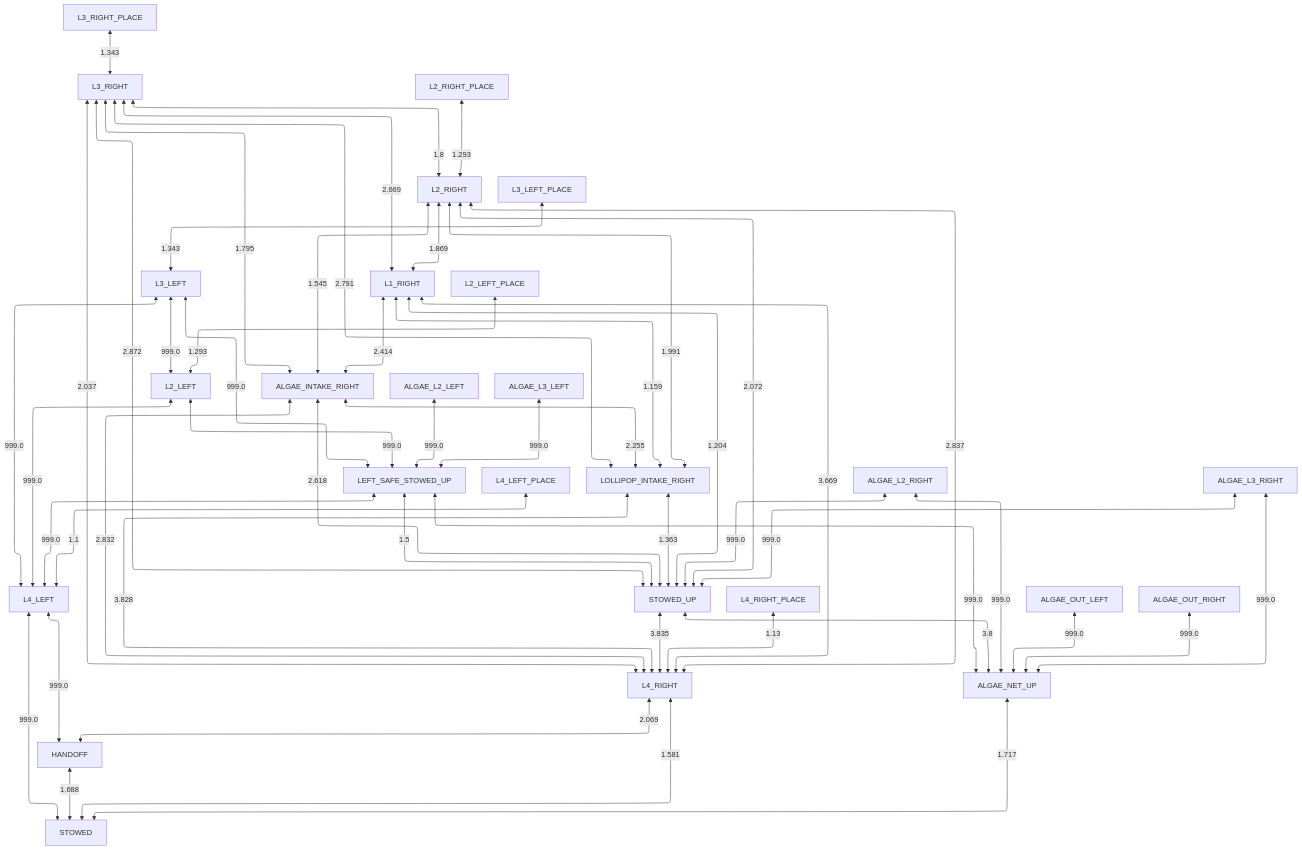
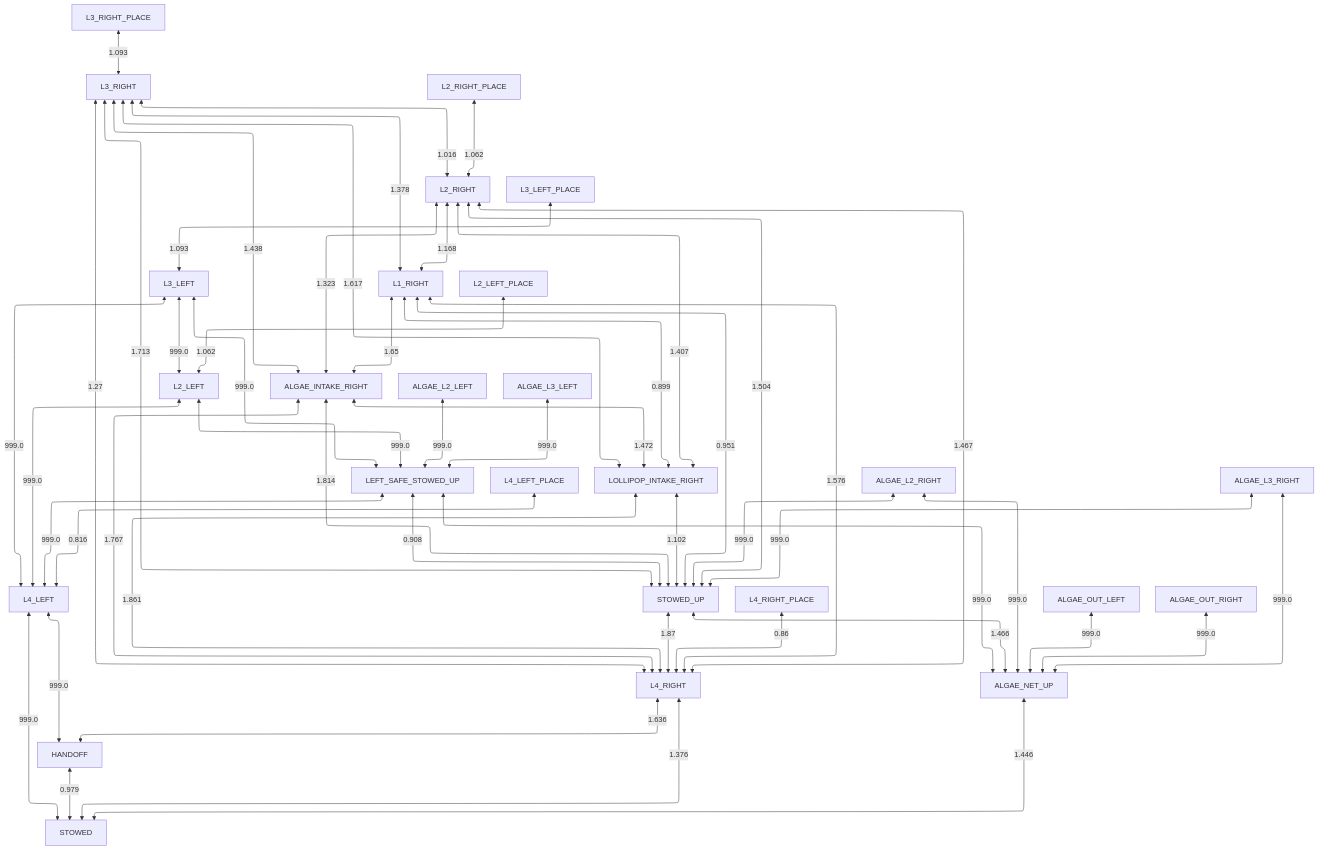
The diagram in docs/collision_avoidance/left_obstructed.md (team581/offseason-2025-comp), drawn with Mermaid before and after one commit. The commit also changed 3 other files, not shown here.

````diff
--- a/docs/collision_avoidance/left_obstructed.md
+++ b/docs/collision_avoidance/left_obstructed.md
@@ -3,55 +3,55 @@
 ```mermaid
 %%{ init: { "flowchart": { "defaultRenderer": "elk" } } }%%
 graph TD
 
-HANDOFF <-- 1.688 --> STOWED
+HANDOFF <-- 0.979 --> STOWED
 L4_LEFT <-- 999.0 --> STOWED
-L4_RIGHT <-- 1.581 --> STOWED
-ALGAE_NET_UP <-- 1.717 --> STOWED
+L4_RIGHT <-- 1.376 --> STOWED
+ALGAE_NET_UP <-- 1.446 --> STOWED
 L4_LEFT <-- 999.0 --> HANDOFF
-L4_RIGHT <-- 2.069 --> HANDOFF
+L4_RIGHT <-- 1.636 --> HANDOFF
 LEFT_SAFE_STOWED_UP <-- 999.0 --> L4_LEFT
 L2_LEFT <-- 999.0 --> L4_LEFT
 L3_LEFT <-- 999.0 --> L4_LEFT
-L4_LEFT_PLACE <-- 1.1 --> L4_LEFT
-STOWED_UP <-- 3.835 --> L4_RIGHT
-ALGAE_INTAKE_RIGHT <-- 2.832 --> L4_RIGHT
-LOLLIPOP_INTAKE_RIGHT <-- 3.828 --> L4_RIGHT
-L1_RIGHT <-- 3.669 --> L4_RIGHT
-L2_RIGHT <-- 2.837 --> L4_RIGHT
-L3_RIGHT <-- 2.037 --> L4_RIGHT
-L4_RIGHT_PLACE <-- 1.13 --> L4_RIGHT
+L4_LEFT_PLACE <-- 0.816 --> L4_LEFT
+STOWED_UP <-- 1.87 --> L4_RIGHT
+ALGAE_INTAKE_RIGHT <-- 1.767 --> L4_RIGHT
+LOLLIPOP_INTAKE_RIGHT <-- 1.861 --> L4_RIGHT
+L1_RIGHT <-- 1.576 --> L4_RIGHT
+L2_RIGHT <-- 1.467 --> L4_RIGHT
+L3_RIGHT <-- 1.27 --> L4_RIGHT
+L4_RIGHT_PLACE <-- 0.86 --> L4_RIGHT
 LEFT_SAFE_STOWED_UP <-- 999.0 --> ALGAE_NET_UP
-STOWED_UP <-- 3.8 --> ALGAE_NET_UP
+STOWED_UP <-- 1.466 --> ALGAE_NET_UP
 ALGAE_OUT_LEFT <-- 999.0 --> ALGAE_NET_UP
 ALGAE_OUT_RIGHT <-- 999.0 --> ALGAE_NET_UP
 ALGAE_L2_RIGHT <-- 999.0 --> ALGAE_NET_UP
 ALGAE_L3_RIGHT <-- 999.0 --> ALGAE_NET_UP
-LEFT_SAFE_STOWED_UP <-- 1.5 --> STOWED_UP
-LOLLIPOP_INTAKE_RIGHT <-- 1.363 --> STOWED_UP
-ALGAE_INTAKE_RIGHT <-- 2.618 --> STOWED_UP
-L1_RIGHT <-- 1.204 --> STOWED_UP
-L2_RIGHT <-- 2.072 --> STOWED_UP
-L3_RIGHT <-- 2.872 --> STOWED_UP
+LEFT_SAFE_STOWED_UP <-- 0.908 --> STOWED_UP
+LOLLIPOP_INTAKE_RIGHT <-- 1.102 --> STOWED_UP
+ALGAE_INTAKE_RIGHT <-- 1.814 --> STOWED_UP
+L1_RIGHT <-- 0.951 --> STOWED_UP
+L2_RIGHT <-- 1.504 --> STOWED_UP
+L3_RIGHT <-- 1.713 --> STOWED_UP
 ALGAE_L2_RIGHT <-- 999.0 --> STOWED_UP
 ALGAE_L3_RIGHT <-- 999.0 --> STOWED_UP
 L2_LEFT <-- 999.0 --> LEFT_SAFE_STOWED_UP
 L3_LEFT <-- 999.0 --> LEFT_SAFE_STOWED_UP
 ALGAE_L2_LEFT <-- 999.0 --> LEFT_SAFE_STOWED_UP
 ALGAE_L3_LEFT <-- 999.0 --> LEFT_SAFE_STOWED_UP
-ALGAE_INTAKE_RIGHT <-- 2.255 --> LOLLIPOP_INTAKE_RIGHT
-L1_RIGHT <-- 1.159 --> LOLLIPOP_INTAKE_RIGHT
-L2_RIGHT <-- 1.991 --> LOLLIPOP_INTAKE_RIGHT
-L3_RIGHT <-- 2.791 --> LOLLIPOP_INTAKE_RIGHT
-L1_RIGHT <-- 2.414 --> ALGAE_INTAKE_RIGHT
-L2_RIGHT <-- 1.545 --> ALGAE_INTAKE_RIGHT
-L3_RIGHT <-- 1.795 --> ALGAE_INTAKE_RIGHT
+ALGAE_INTAKE_RIGHT <-- 1.472 --> LOLLIPOP_INTAKE_RIGHT
+L1_RIGHT <-- 0.899 --> LOLLIPOP_INTAKE_RIGHT
+L2_RIGHT <-- 1.407 --> LOLLIPOP_INTAKE_RIGHT
+L3_RIGHT <-- 1.617 --> LOLLIPOP_INTAKE_RIGHT
+L1_RIGHT <-- 1.65 --> ALGAE_INTAKE_RIGHT
+L2_RIGHT <-- 1.323 --> ALGAE_INTAKE_RIGHT
+L3_RIGHT <-- 1.438 --> ALGAE_INTAKE_RIGHT
 L3_LEFT <-- 999.0 --> L2_LEFT
-L2_LEFT_PLACE <-- 1.293 --> L2_LEFT
-L3_LEFT_PLACE <-- 1.343 --> L3_LEFT
-L2_RIGHT <-- 1.869 --> L1_RIGHT
-L3_RIGHT <-- 2.669 --> L1_RIGHT
-L3_RIGHT <-- 1.8 --> L2_RIGHT
-L2_RIGHT_PLACE <-- 1.293 --> L2_RIGHT
-L3_RIGHT_PLACE <-- 1.343 --> L3_RIGHT
+L2_LEFT_PLACE <-- 1.062 --> L2_LEFT
+L3_LEFT_PLACE <-- 1.093 --> L3_LEFT
+L2_RIGHT <-- 1.168 --> L1_RIGHT
+L3_RIGHT <-- 1.378 --> L1_RIGHT
+L3_RIGHT <-- 1.016 --> L2_RIGHT
+L2_RIGHT_PLACE <-- 1.062 --> L2_RIGHT
+L3_RIGHT_PLACE <-- 1.093 --> L3_RIGHT
 ```
````
